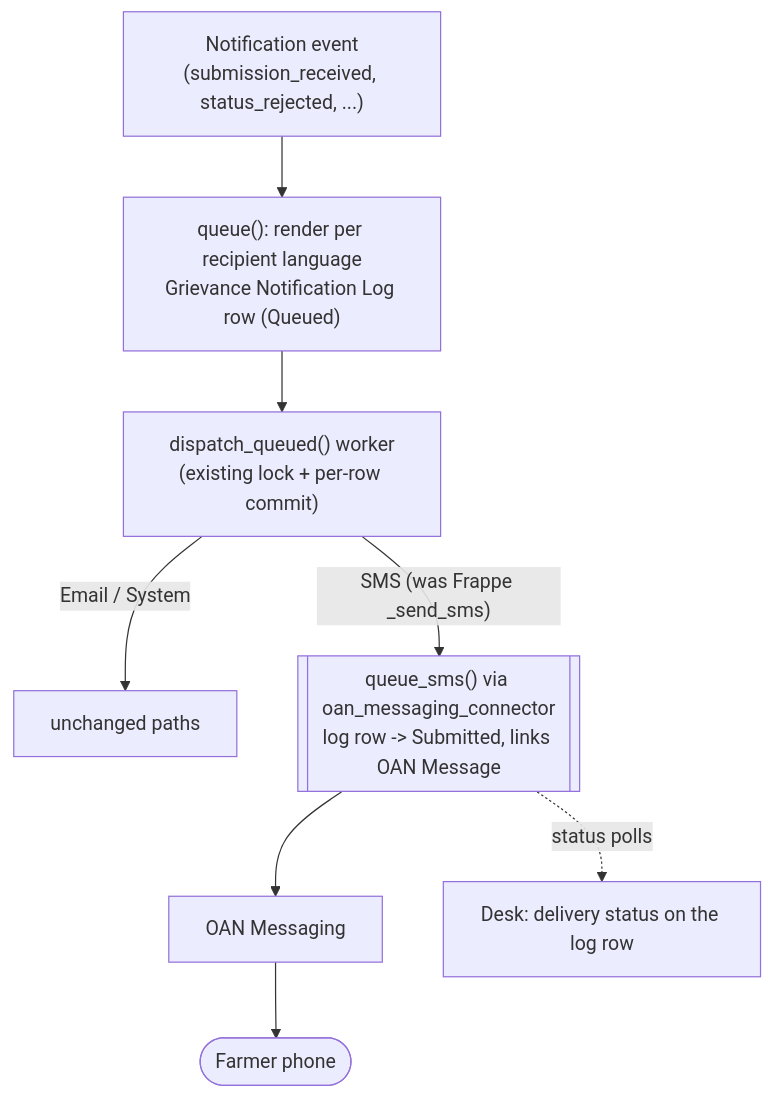
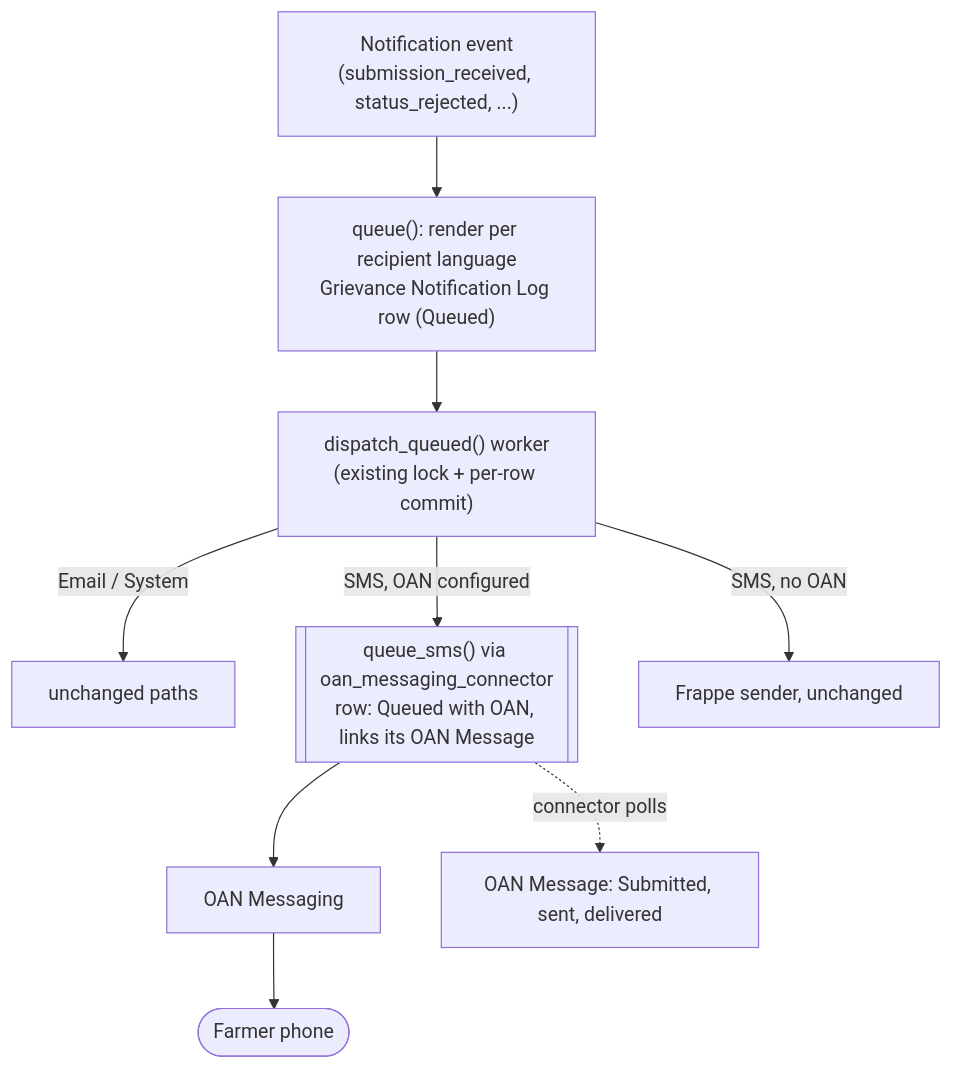
Before and after one commit to Centre-for-Open-Societal-Systems/oan_messaging_service: the diagram in docs/handoff/diagrams/12-grievance.mmd, drawn with Mermaid. The commit also changed 56 other files, not shown here.

```diff
--- a/docs/handoff/diagrams/12-grievance.mmd
+++ b/docs/handoff/diagrams/12-grievance.mmd
@@ -1,8 +1,9 @@
-%% Grievance: only the SMS send step changes
+%% Grievance: only the SMS send step changes (kit)
 flowchart TB
   N["Notification event<br/>(submission_received, status_rejected, ...)"] --> Q["queue(): render per recipient language<br/>Grievance Notification Log row (Queued)"]
   Q --> D["dispatch_queued() worker<br/>(existing lock + per-row commit)"]
   D -->|"Email / System"| X["unchanged paths"]
-  D -->|"SMS (was Frappe _send_sms)"| C[["queue_sms() via oan_messaging_connector<br/>log row -> Submitted, links OAN Message"]]
+  D -->|"SMS, OAN configured"| C[["queue_sms() via oan_messaging_connector<br/>row: Queued with OAN, links its OAN Message"]]
+  D -->|"SMS, no OAN"| F["Frappe sender, unchanged"]
   C --> OAN["OAN Messaging"] --> P(["Farmer phone"])
-  C -. "status polls" .-> L["Desk: delivery status on the log row"]
+  C -. "connector polls" .-> L["OAN Message: Submitted, sent, delivered"]
```
